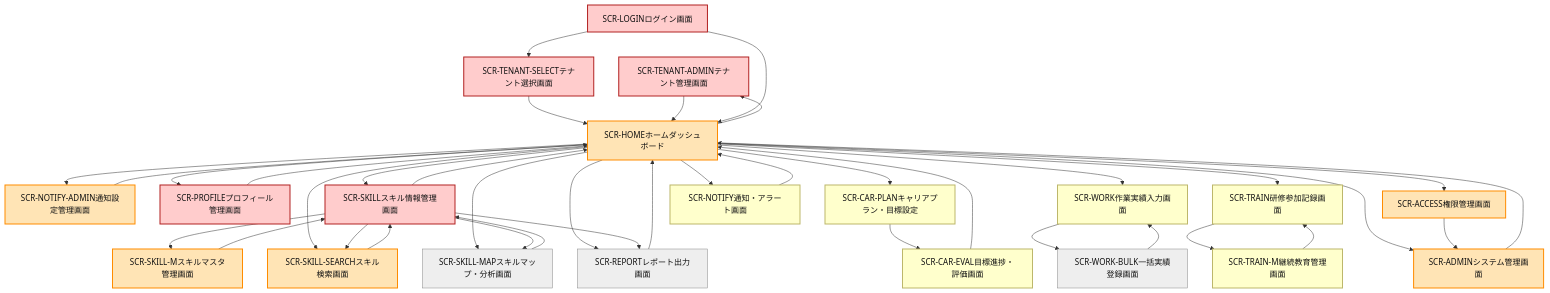
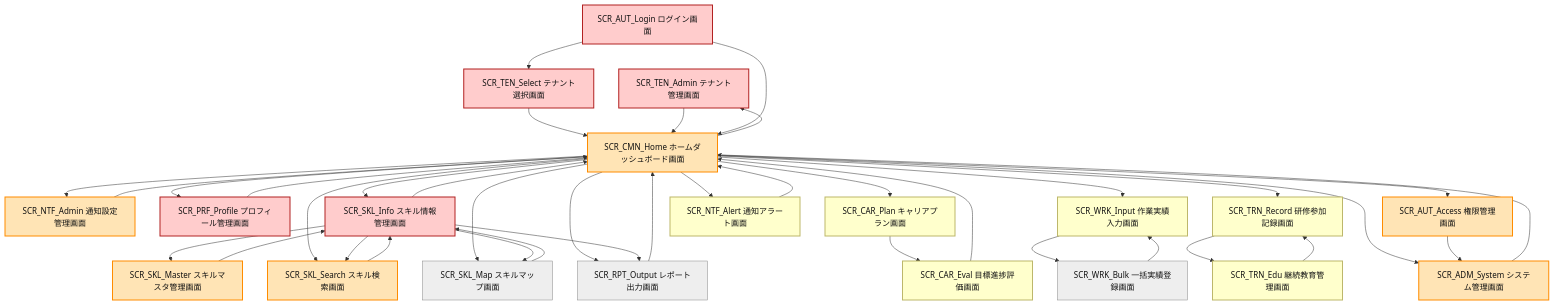
The diagram in docs/design/screens/画面一覧.md (sas-dx/skill-report-web), drawn with Mermaid before and after one commit. The commit also changed other lines of this file and 52 other files, not shown here.

```diff
--- a/docs/design/screens/画面一覧.md
+++ b/docs/design/screens/画面一覧.md
@@ -38,81 +55,81 @@
     %% 優先度: 最高=red, 高=orange, 中=yellow, 低=gray
 
     %% マルチテナント画面
-    SCR-TENANT-ADMIN["SCR-TENANT-ADMINテナント管理画面"]:::prio_max
-    SCR-TENANT-SELECT["SCR-TENANT-SELECTテナント選択画面"]:::prio_max
-    SCR-NOTIFY-ADMIN["SCR-NOTIFY-ADMIN通知設定管理画面"]:::prio_high
+    SCR_TEN_Admin["SCR_TEN_Admin テナント管理画面"]:::prio_max
+    SCR_TEN_Select["SCR_TEN_Select テナント選択画面"]:::prio_max
+    SCR_NTF_Admin["SCR_NTF_Admin 通知設定管理画面"]:::prio_high
 
     %% 最高優先度
-    SCR-LOGIN["SCR-LOGINログイン画面"]:::prio_max
-    SCR-PROFILE["SCR-PROFILEプロフィール管理画面"]:::prio_max
-    SCR-SKILL["SCR-SKILLスキル情報管理画面"]:::prio_max
+    SCR_AUT_Login["SCR_AUT_Login ログイン画面"]:::prio_max
+    SCR_PRF_Profile["SCR_PRF_Profile プロフィール管理画面"]:::prio_max
+    SCR_SKL_Info["SCR_SKL_Info スキル情報管理画面"]:::prio_max
 
     %% 高優先度
-    SCR-ACCESS["SCR-ACCESS権限管理画面"]:::prio_high
-    SCR-SKILL-M["SCR-SKILL-Mスキルマスタ管理画面"]:::prio_high
-    SCR-SKILL-SEARCH["SCR-SKILL-SEARCHスキル検索画面"]:::prio_high
-    SCR-ADMIN["SCR-ADMINシステム管理画面"]:::prio_high
-    SCR-HOME["SCR-HOMEホームダッシュボード"]:::prio_high
+    SCR_AUT_Access["SCR_AUT_Access 権限管理画面"]:::prio_high
+    SCR_SKL_Master["SCR_SKL_Master スキルマスタ管理画面"]:::prio_high
+    SCR_SKL_Search["SCR_SKL_Search スキル検索画面"]:::prio_high
+    SCR_ADM_System["SCR_ADM_System システム管理画面"]:::prio_high
+    SCR_CMN_Home["SCR_CMN_Home ホームダッシュボード画面"]:::prio_high
 
     %% 中優先度
-    SCR-CAR-PLAN["SCR-CAR-PLANキャリアプラン・目標設定"]:::prio_mid
-    SCR-CAR-EVAL["SCR-CAR-EVAL目標進捗・評価画面"]:::prio_mid
-    SCR-WORK["SCR-WORK作業実績入力画面"]:::prio_mid
-    SCR-TRAIN["SCR-TRAIN研修参加記録画面"]:::prio_mid
-    SCR-TRAIN-M["SCR-TRAIN-M継続教育管理画面"]:::prio_mid
-    SCR-NOTIFY["SCR-NOTIFY通知・アラート画面"]:::prio_mid
+    SCR_CAR_Plan["SCR_CAR_Plan キャリアプラン画面"]:::prio_mid
+    SCR_CAR_Eval["SCR_CAR_Eval 目標進捗評価画面"]:::prio_mid
+    SCR_WRK_Input["SCR_WRK_Input 作業実績入力画面"]:::prio_mid
+    SCR_TRN_Record["SCR_TRN_Record 研修参加記録画面"]:::prio_mid
+    SCR_TRN_Edu["SCR_TRN_Edu 継続教育管理画面"]:::prio_mid
+    SCR_NTF_Alert["SCR_NTF_Alert 通知アラート画面"]:::prio_mid
 
     %% 低優先度
-    SCR-WORK-BULK["SCR-WORK-BULK一括実績登録画面"]:::prio_low
-    SCR-REPORT["SCR-REPORTレポート出力画面"]:::prio_low
-    SCR-SKILL-MAP["SCR-SKILL-MAPスキルマップ・分析画面"]:::prio_low
+    SCR_WRK_Bulk["SCR_WRK_Bulk 一括実績登録画面"]:::prio_low
+    SCR_RPT_Output["SCR_RPT_Output レポート出力画面"]:::prio_low
+    SCR_SKL_Map["SCR_SKL_Map スキルマップ画面"]:::prio_low
 
     %% マルチテナント画面遷移
-    SCR-LOGIN --> SCR-TENANT-SELECT
-    SCR-TENANT-SELECT --> SCR-HOME
-    SCR-TENANT-ADMIN --> SCR-HOME
-    SCR-NOTIFY-ADMIN --> SCR-HOME
-    SCR-HOME --> SCR-TENANT-ADMIN
-    SCR-HOME --> SCR-NOTIFY-ADMIN
+    SCR_AUT_Login --> SCR_TEN_Select
+    SCR_TEN_Select --> SCR_CMN_Home
+    SCR_TEN_Admin --> SCR_CMN_Home
+    SCR_NTF_Admin --> SCR_CMN_Home
+    SCR_CMN_Home --> SCR_TEN_Admin
+    SCR_CMN_Home --> SCR_NTF_Admin
 
     %% 画面遷移
-    SCR-LOGIN --> SCR-HOME
-    SCR-HOME --> SCR-PROFILE
-    SCR-HOME --> SCR-SKILL
-    SCR-HOME --> SCR-CAR-PLAN
-    SCR-HOME --> SCR-WORK
-    SCR-HOME --> SCR-TRAIN
-    SCR-HOME --> SCR-REPORT
-    SCR-HOME --> SCR-NOTIFY
-    SCR-HOME --> SCR-ACCESS
-    SCR-HOME --> SCR-ADMIN
-    SCR-HOME --> SCR-SKILL-SEARCH
-    SCR-HOME --> SCR-SKILL-MAP
+    SCR_AUT_Login --> SCR_CMN_Home
+    SCR_CMN_Home --> SCR_PRF_Profile
+    SCR_CMN_Home --> SCR_SKL_Info
+    SCR_CMN_Home --> SCR_CAR_Plan
+    SCR_CMN_Home --> SCR_WRK_Input
+    SCR_CMN_Home --> SCR_TRN_Record
+    SCR_CMN_Home --> SCR_RPT_Output
+    SCR_CMN_Home --> SCR_NTF_Alert
+    SCR_CMN_Home --> SCR_AUT_Access
+    SCR_CMN_Home --> SCR_ADM_System
+    SCR_CMN_Home --> SCR_SKL_Search
+    SCR_CMN_Home --> SCR_SKL_Map
 
-    SCR-PROFILE --> SCR-HOME
-    SCR-SKILL --> SCR-HOME
-    SCR-SKILL --> SCR-SKILL-M
-    SCR-SKILL --> SCR-SKILL-SEARCH
-    SCR-SKILL --> SCR-SKILL-MAP
-    SCR-SKILL --> SCR-REPORT
+    SCR_PRF_Profile --> SCR_CMN_Home
+    SCR_SKL_Info --> SCR_CMN_Home
+    SCR_SKL_Info --> SCR_SKL_Master
+    SCR_SKL_Info --> SCR_SKL_Search
+    SCR_SKL_Info --> SCR_SKL_Map
+    SCR_SKL_Info --> SCR_RPT_Output
 
-    SCR-SKILL-M --> SCR-SKILL
-    SCR-SKILL-SEARCH --> SCR-SKILL
-    SCR-SKILL-MAP --> SCR-SKILL
-    SCR-ACCESS --> SCR-ADMIN
-    SCR-ADMIN --> SCR-HOME
+    SCR_SKL_Master --> SCR_SKL_Info
+    SCR_SKL_Search --> SCR_SKL_Info
+    SCR_SKL_Map --> SCR_SKL_Info
+    SCR_AUT_Access --> SCR_ADM_System
+    SCR_ADM_System --> SCR_CMN_Home
 
-    SCR-CAR-PLAN --> SCR-CAR-EVAL
-    SCR-CAR-EVAL --> SCR-HOME
+    SCR_CAR_Plan --> SCR_CAR_Eval
+    SCR_CAR_Eval --> SCR_CMN_Home
 
-    SCR-WORK --> SCR-WORK-BULK
-    SCR-WORK-BULK --> SCR-WORK
+    SCR_WRK_Input --> SCR_WRK_Bulk
+    SCR_WRK_Bulk --> SCR_WRK_Input
 
-    SCR-TRAIN --> SCR-TRAIN-M
-    SCR-TRAIN-M --> SCR-TRAIN
+    SCR_TRN_Record --> SCR_TRN_Edu
+    SCR_TRN_Edu --> SCR_TRN_Record
 
-    SCR-NOTIFY --> SCR-HOME
-    SCR-REPORT --> SCR-HOME
+    SCR_NTF_Alert --> SCR_CMN_Home
+    SCR_RPT_Output --> SCR_CMN_Home
 
     %% スタイル定義
     classDef prio_max fill:#ffcccc,stroke:#b22222,stroke-width:2px,color:#111;
```
